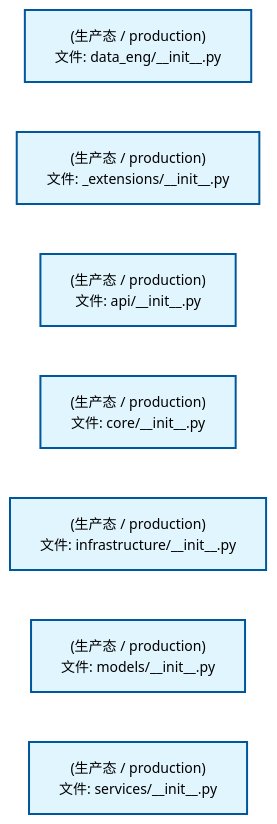
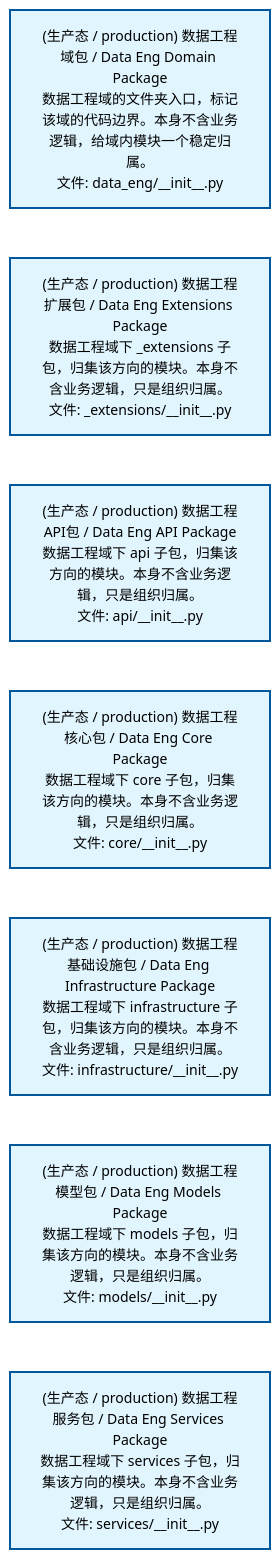
One commit to xuanFelixVan/ZephyrAlpha changed the diagram in docs/02_enterprise_architecture/02_domain_architecture_docs/12_d_data_eng.md. Above: the diagram before and after it, drawn with Mermaid. The commit also changed 54 other files, not shown here.

````diff
--- a/docs/02_enterprise_architecture/02_domain_architecture_docs/12_d_data_eng.md
+++ b/docs/02_enterprise_architecture/02_domain_architecture_docs/12_d_data_eng.md
@@ -53,22 +53,22 @@
 ```mermaid
 %%{init: {'theme': 'base', 'themeVariables': {'primaryColor': '#eaeaea', 'primaryTextColor': '#333333', 'primaryBorderColor': '#666666', 'lineColor': '#666666', 'secondaryColor': '#eaeaea', 'tertiaryColor': '#eaeaea', 'fontSize': '14px'}}}%%
 flowchart TD
-    src_zephyr_data_eng_init_py["(生产态 / production)<br/>文件: data_eng/__init__.py"]
-    src_zephyr_data_eng_extensions_init_py["(生产态 / production)<br/>文件: _extensions/__init__.py"]
-    src_zephyr_data_eng_api_init_py["(生产态 / production)<br/>文件: api/__init__.py"]
-    src_zephyr_data_eng_core_init_py["(生产态 / production)<br/>文件: core/__init__.py"]
-    src_zephyr_data_eng_infrastructure_init_py["(生产态 / production)<br/>文件: infrastructure/__init__.py"]
-    src_zephyr_data_eng_models_init_py["(生产态 / production)<br/>文件: models/__init__.py"]
-    src_zephyr_data_eng_services_init_py["(生产态 / production)<br/>文件: services/__init__.py"]
+    src_zephyr_data_eng_init_py["(生产态 / production) 数据工程域包 / Data Eng Domain Package<br/>数据工程域的文件夹入口，标记该域的代码边界。本身不含业务逻辑，给域内模块一个稳定归属。<br/>文件: data_eng/__init__.py"]
+    src_zephyr_data_eng_extensions_init_py["(生产态 / production) 数据工程扩展包 / Data Eng Extensions Package<br/>数据工程域下 _extensions 子包，归集该方向的模块。本身不含业务逻辑，只是组织归属。<br/>文件: _extensions/__init__.py"]
+    src_zephyr_data_eng_api_init_py["(生产态 / production) 数据工程API包 / Data Eng API Package<br/>数据工程域下 api 子包，归集该方向的模块。本身不含业务逻辑，只是组织归属。<br/>文件: api/__init__.py"]
+    src_zephyr_data_eng_core_init_py["(生产态 / production) 数据工程核心包 / Data Eng Core Package<br/>数据工程域下 core 子包，归集该方向的模块。本身不含业务逻辑，只是组织归属。<br/>文件: core/__init__.py"]
+    src_zephyr_data_eng_infrastructure_init_py["(生产态 / production) 数据工程基础设施包 / Data Eng Infrastructure Package<br/>数据工程域下 infrastructure 子包，归集该方向的模块。本身不含业务逻辑，只是组织归属。<br/>文件: infrastructure/__init__.py"]
+    src_zephyr_data_eng_models_init_py["(生产态 / production) 数据工程模型包 / Data Eng Models Package<br/>数据工程域下 models 子包，归集该方向的模块。本身不含业务逻辑，只是组织归属。<br/>文件: models/__init__.py"]
+    src_zephyr_data_eng_services_init_py["(生产态 / production) 数据工程服务包 / Data Eng Services Package<br/>数据工程域下 services 子包，归集该方向的模块。本身不含业务逻辑，只是组织归属。<br/>文件: services/__init__.py"]
     src_zephyr_data_eng_init_py ~~~ src_zephyr_data_eng_extensions_init_py
     src_zephyr_data_eng_extensions_init_py ~~~ src_zephyr_data_eng_api_init_py
     src_zephyr_data_eng_api_init_py ~~~ src_zephyr_data_eng_core_init_py
     src_zephyr_data_eng_core_init_py ~~~ src_zephyr_data_eng_infrastructure_init_py
     src_zephyr_data_eng_infrastructure_init_py ~~~ src_zephyr_data_eng_models_init_py
     src_zephyr_data_eng_models_init_py ~~~ src_zephyr_data_eng_services_init_py
     classDef production fill:#e1f5fe,stroke:#01579b,stroke-width:2px,color:#000
     classDef design fill:#fff3e0,stroke:#e65100,stroke-width:2px,color:#000,stroke-dasharray: 5 5
     classDef external_prod fill:#e8f4fd,stroke:#0277bd,stroke-width:1px,color:#000
     classDef external_design fill:#fff8e7,stroke:#ef6c00,stroke-width:1px,color:#000,stroke-dasharray: 5 5
     class src_zephyr_data_eng_init_py,src_zephyr_data_eng_extensions_init_py,src_zephyr_data_eng_api_init_py,src_zephyr_data_eng_core_init_py,src_zephyr_data_eng_infrastructure_init_py,src_zephyr_data_eng_models_init_py,src_zephyr_data_eng_services_init_py production
 ```
````
